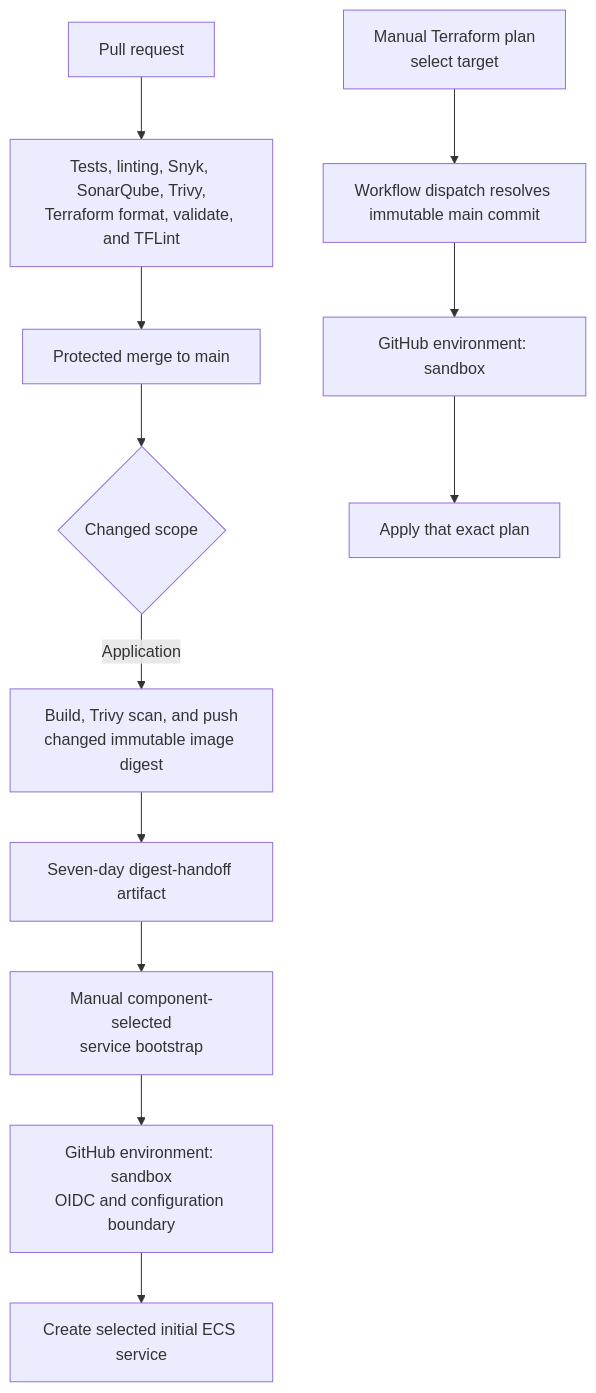
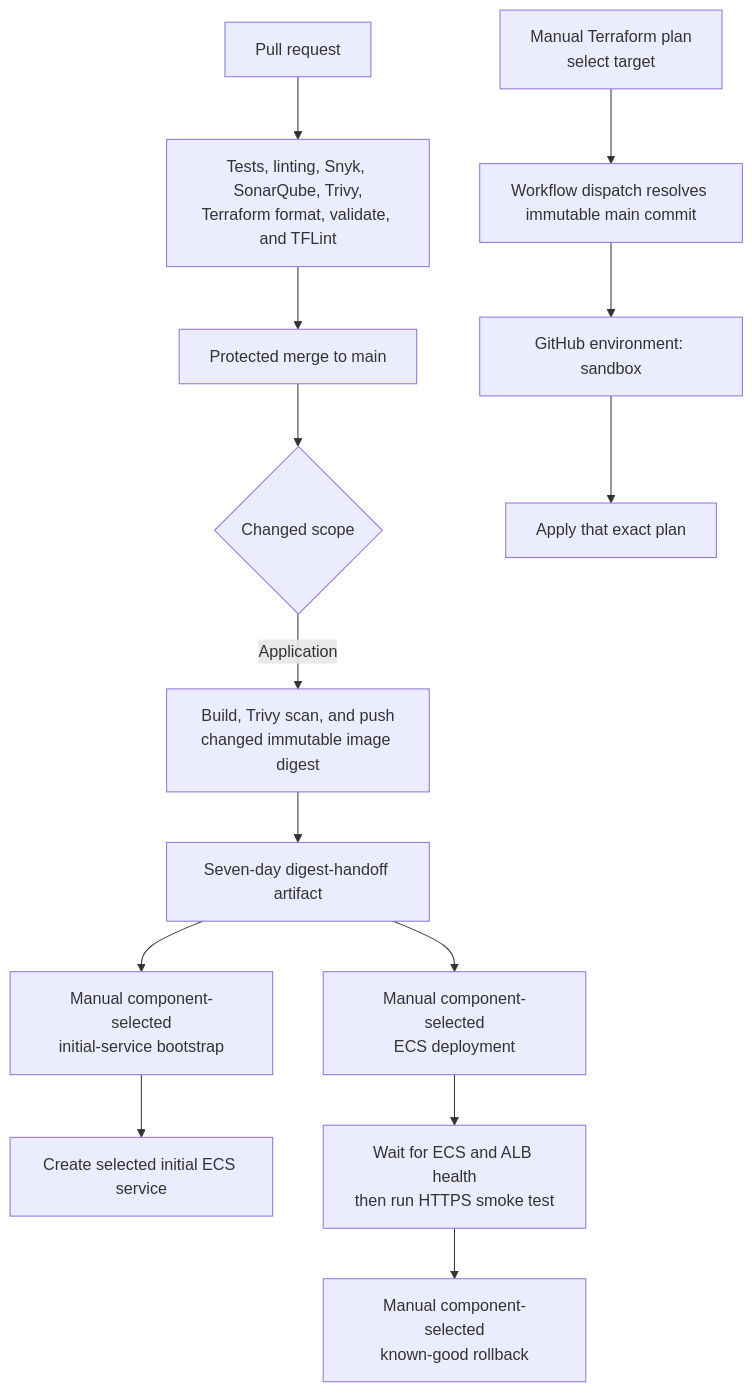
The second of 2 diagrams in docs/architecture.md (afaryy/happy-post), drawn with Mermaid before and after one commit. The commit also changed other lines of this file and 12 other files, not shown here.

Commit message:
feat: add controlled ECS deployment and rollback

```diff
--- a/docs/architecture.md
+++ b/docs/architecture.md
@@ -67,14 +67,16 @@
 ~~~mermaid
 flowchart TB
     pr[Pull request] --> checks[Tests, linting, Snyk, SonarQube, Trivy,<br/>Terraform format, validate, and TFLint]
     checks --> merge[Protected merge to main]
     merge --> scope{Changed scope}
     scope -->|Application| build[Build, Trivy scan, and push<br/>changed immutable image digest]
     build --> handoff[Seven-day digest-handoff artifact]
-    handoff --> bootstrap[Manual component-selected<br/>service bootstrap]
-    bootstrap --> sandbox[GitHub environment: sandbox<br/>OIDC and configuration boundary]
-    sandbox --> initial[Create selected initial ECS service]
+    handoff --> bootstrap[Manual component-selected<br/>initial-service bootstrap]
+    bootstrap --> initial[Create selected initial ECS service]
+    handoff --> deploy[Manual component-selected<br/>ECS deployment]
+    deploy --> verify[Wait for ECS and ALB health<br/>then run HTTPS smoke test]
+    verify --> rollback[Manual component-selected<br/>known-good rollback]
     manual_plan[Manual Terraform plan<br/>select target] --> fresh_plan[Workflow dispatch resolves immutable main commit]
     fresh_plan --> tf_sandbox[GitHub environment: sandbox]
     tf_sandbox --> apply[Apply that exact plan]
 ~~~
```
